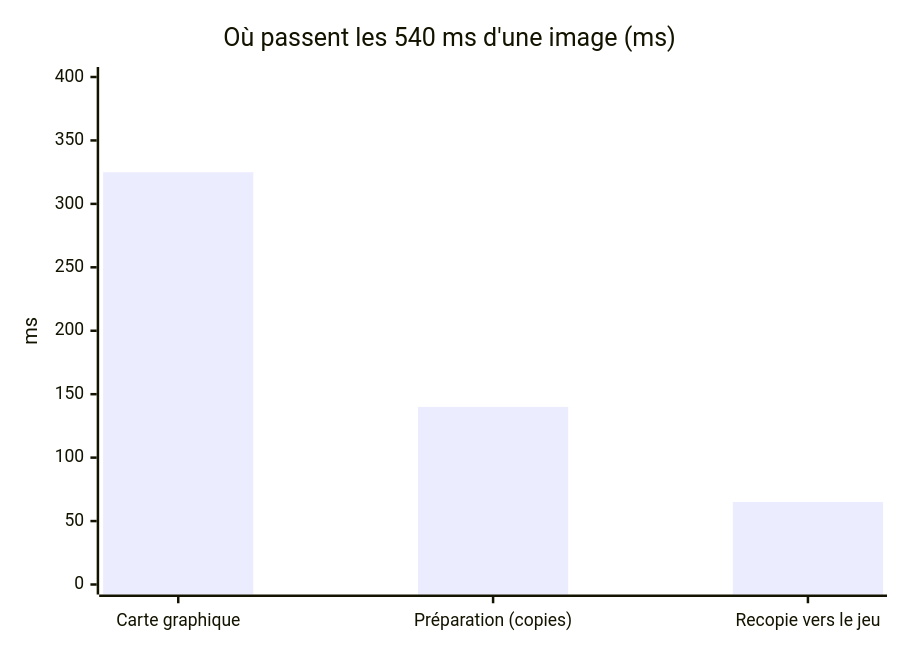
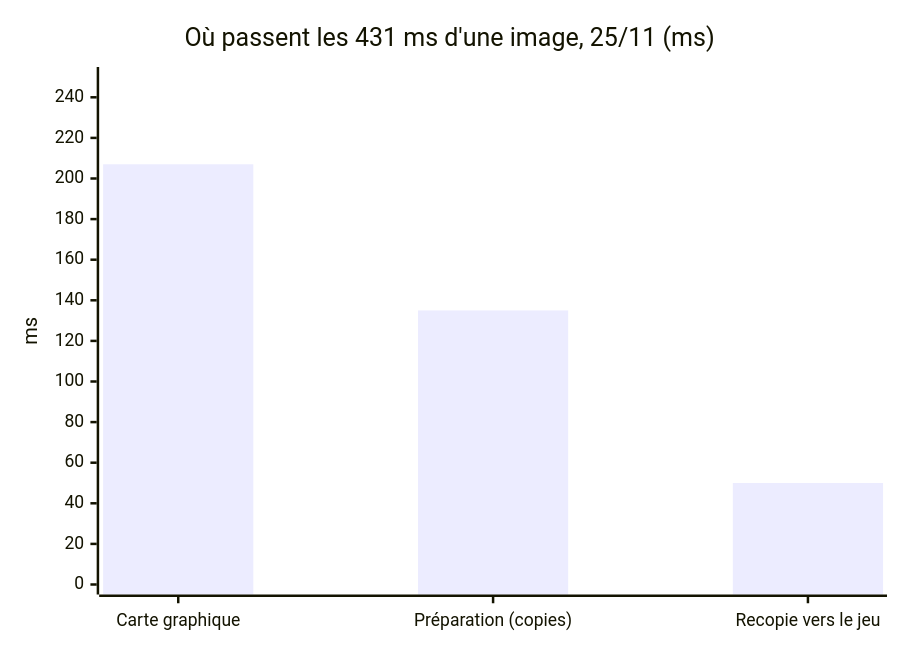
One commit to Cyanexani/cold-project-vi changed the third of 12 diagrams in README.md. Above: the diagram before and after it, drawn with Mermaid. The commit also changed other lines of this file, not shown here.

````diff
--- a/README.md
+++ b/README.md
@@ -135,7 +135,7 @@
 ```mermaid
 xychart-beta
-    title "Où passent les 540 ms d'une image (ms)"
+    title "Où passent les 431 ms d'une image, 25/11 (ms)"
     x-axis ["Carte graphique", "Préparation (copies)", "Recopie vers le jeu"]
-    y-axis "ms" 0 --> 400
-    bar [325, 140, 65]
+    y-axis "ms" 0 --> 250
+    bar [207, 135, 50]
 ```
````
